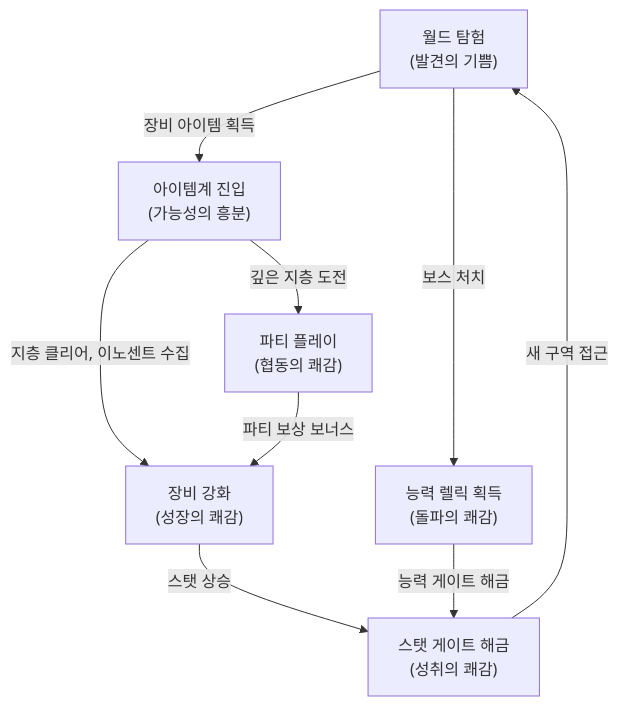
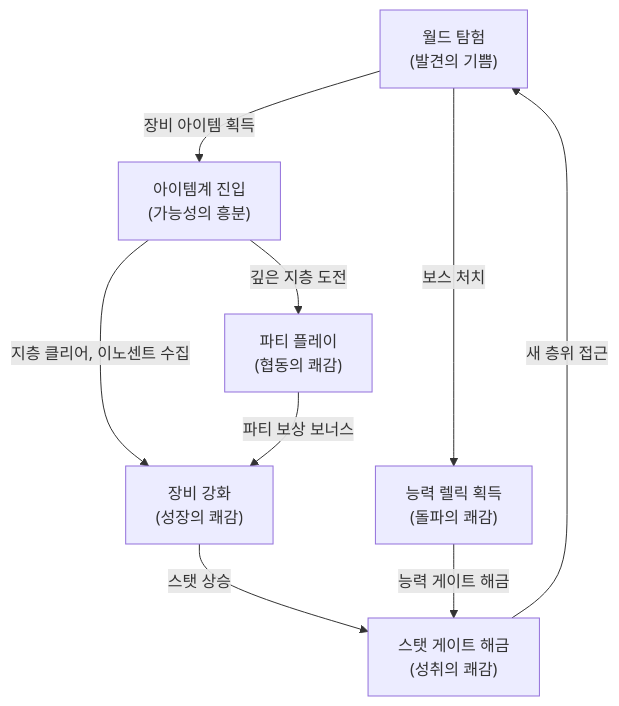
One commit to Biskraft/ProjectAbyss changed the first of 4 diagrams in Documents/Design/Design_CoreLoop_Circulation.md. Above: the diagram before and after it, drawn with Mermaid. The commit also changed other lines of this file and 20 other files, not shown here.

````diff
--- a/Documents/Design/Design_CoreLoop_Circulation.md
+++ b/Documents/Design/Design_CoreLoop_Circulation.md
@@ -70,13 +70,13 @@
 ```mermaid
 graph TD
     A["월드 탐험<br/>(발견의 기쁨)"] -->|장비 아이템 획득| B["아이템계 진입<br/>(가능성의 흥분)"]
     B -->|지층 클리어, 이노센트 수집| C["장비 강화<br/>(성장의 쾌감)"]
     C -->|스탯 상승| D["스탯 게이트 해금<br/>(성취의 쾌감)"]
-    D -->|새 구역 접근| A
+    D -->|새 층위 접근| A
 
     A -->|보스 처치| E["능력 렐릭 획득<br/>(돌파의 쾌감)"]
     E -->|능력 게이트 해금| D
 
     B -->|깊은 지층 도전| F["파티 플레이<br/>(협동의 쾌감)"]
     F -->|파티 보상 보너스| C
 ```
````
